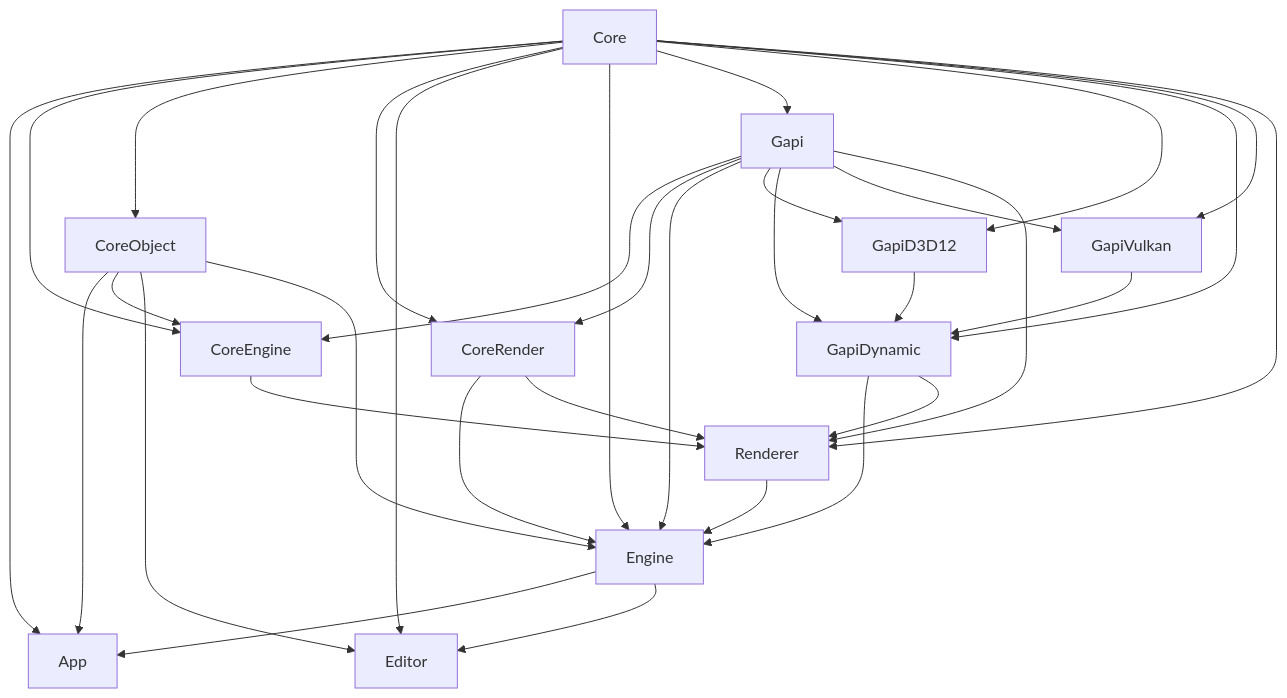
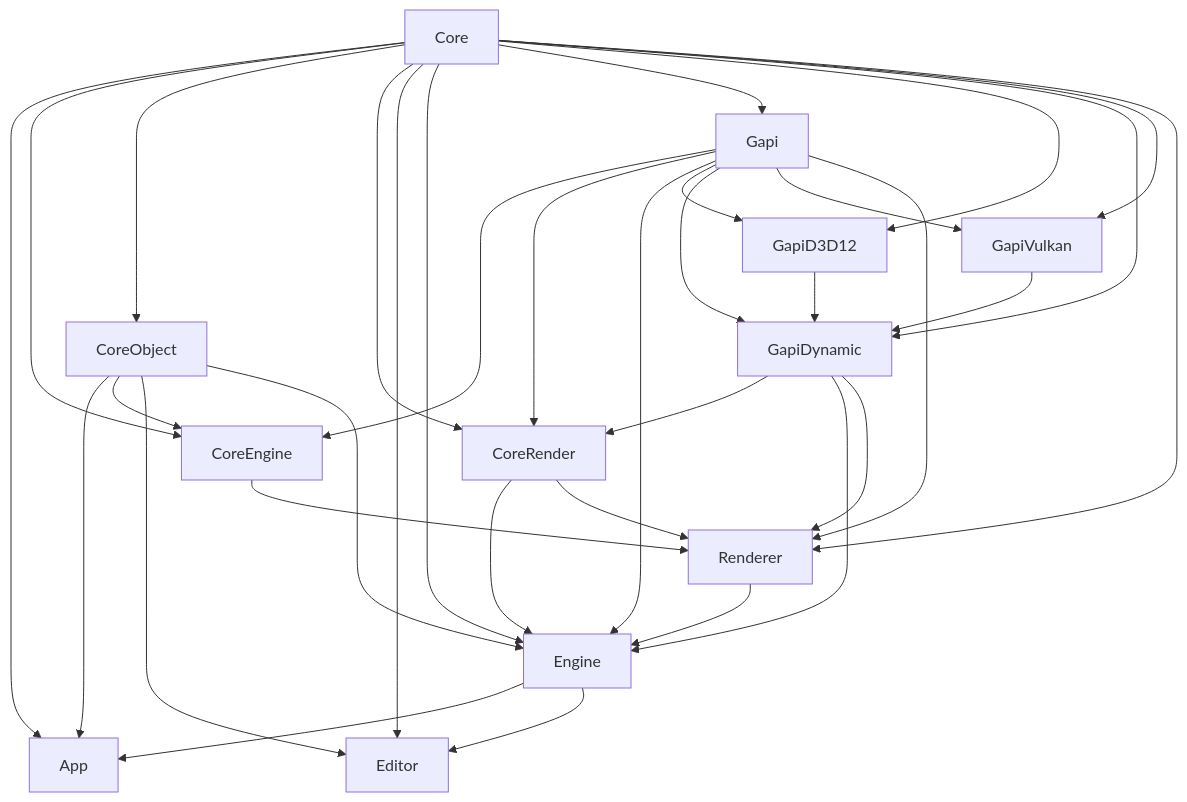
The diagram in README.md (hellokenlee/NeneEngine2), drawn with Mermaid before and after one commit. The commit also changed 46 other files, not shown here.

````diff
--- a/README.md
+++ b/README.md
@@ -77,35 +77,36 @@
 ```mermaid
 graph TD
   Core --> App
   CoreObject --> App
   Engine --> App
   Core --> CoreEngine
   CoreObject --> CoreEngine
   Gapi --> CoreEngine
   Core --> CoreObject
   Core --> CoreRender
   Gapi --> CoreRender
+  GapiDynamic --> CoreRender
   Core --> Editor
   CoreObject --> Editor
   Engine --> Editor
   Core --> Engine
   CoreObject --> Engine
   CoreRender --> Engine
   Renderer --> Engine
   Gapi --> Engine
   GapiDynamic --> Engine
   Core --> Gapi
   Core --> GapiD3D12
   Gapi --> GapiD3D12
   Core --> GapiDynamic
   Gapi --> GapiDynamic
   GapiD3D12 --> GapiDynamic
   GapiVulkan --> GapiDynamic
   Core --> GapiVulkan
   Gapi --> GapiVulkan
   Core --> Renderer
   Gapi --> Renderer
   CoreEngine --> Renderer
   CoreRender --> Renderer
   GapiDynamic --> Renderer
 ```
````
